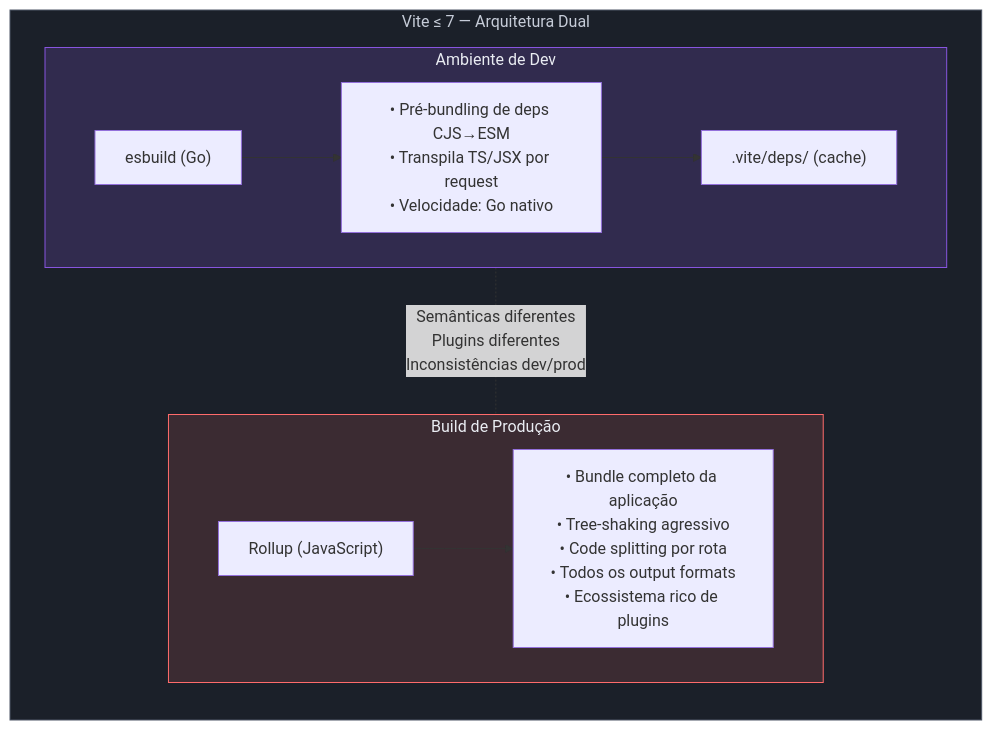
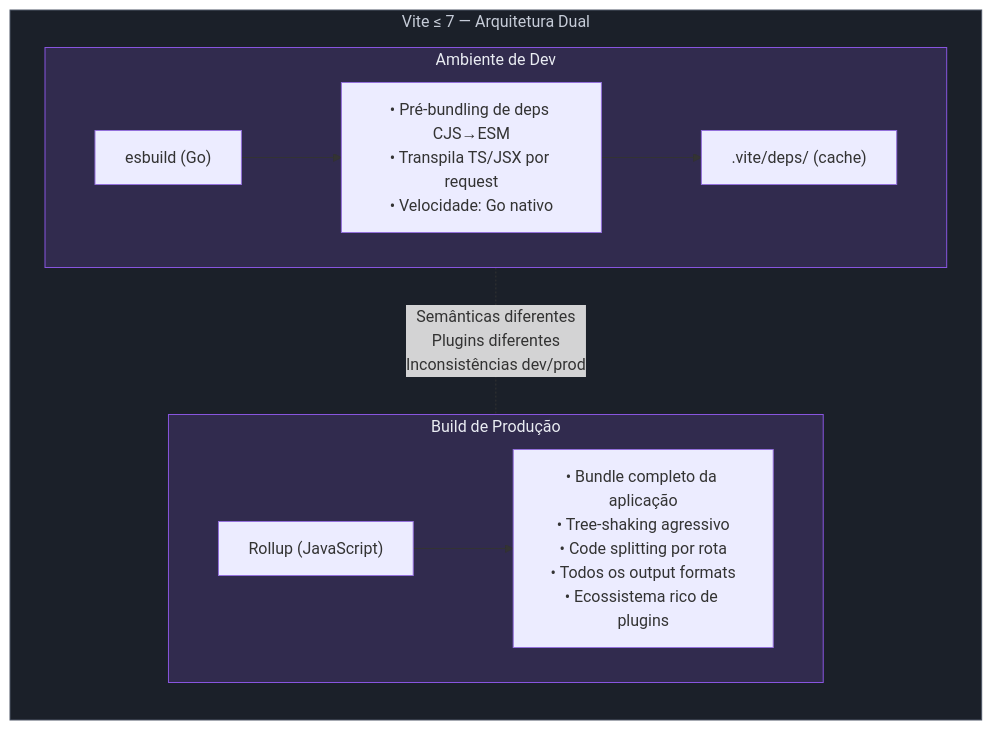
Before and after one commit to josenaldo/codex-technomanticus: the first of 9 diagrams in 03-Dominios/Tecnologia/Tooling e Build/13 - Vite a fundo.md, drawn with Mermaid. The commit also changed other lines of this file and 601 other files, not shown here.

````diff
--- a/03-Dominios/Tecnologia/Tooling e Build/13 - Vite a fundo.md
+++ b/03-Dominios/Tecnologia/Tooling e Build/13 - Vite a fundo.md
@@ -44,28 +44,27 @@
 ```mermaid
 graph TB
     classDef neutro fill:#1B2029,stroke:#4E5666,color:#C6CCD8
     classDef marca fill:#8855DF33,stroke:#8855DF,color:#E9ECF2
-    classDef falha fill:#FF6B6B24,stroke:#FF6B6B,color:#E9ECF2
     subgraph VITE7["Vite ≤ 7 — Arquitetura Dual"]
         direction TB
 
         subgraph DEV["Ambiente de Dev"]
             D1["esbuild (Go)"]
             D2["• Pré-bundling de deps CJS→ESM\n• Transpila TS/JSX por request\n• Velocidade: Go nativo"]
             D3[".vite/deps/ (cache)"]
             D1 --> D2 --> D3
         end
 
         subgraph BUILD["Build de Produção"]
             P1["Rollup (JavaScript)"]
             P2["• Bundle completo da aplicação\n• Tree-shaking agressivo\n• Code splitting por rota\n• Todos os output formats\n• Ecossistema rico de plugins"]
             P1 --> P2
         end
 
         DEV -. "Semânticas diferentes\nPlugins diferentes\nInconsistências dev/prod" .- BUILD
     end
 
     class VITE7 neutro
     class DEV marca
-    class BUILD falha
+    class BUILD marca
 ```
````
